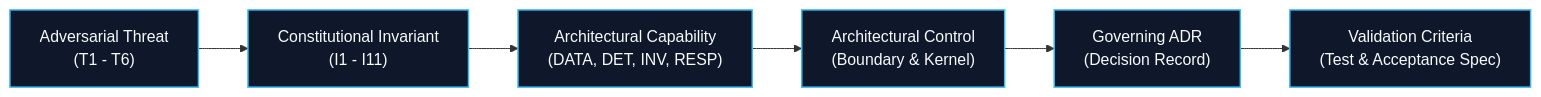
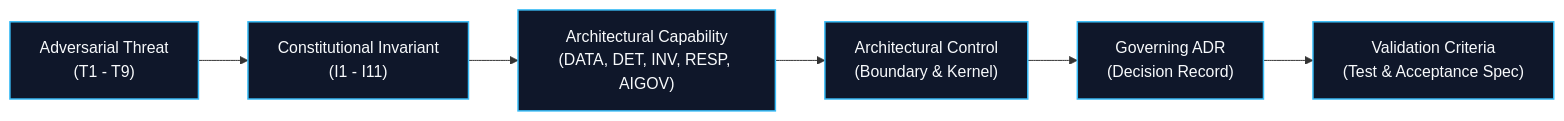
Before and after one commit to Haribu/TIDIR: the diagram in docs/architecture/assurance-map.md, drawn with Mermaid. The commit also changed other lines of this file and 6 other files, not shown here.

````diff
--- a/docs/architecture/assurance-map.md
+++ b/docs/architecture/assurance-map.md
@@ -14,11 +14,11 @@
 ```mermaid
 flowchart LR
-    T["Adversarial Threat\n(T1 - T6)"] --> I["Constitutional Invariant\n(I1 - I11)"]
-    I --> C["Architectural Capability\n(DATA, DET, INV, RESP)"]
+    T["Adversarial Threat\n(T1 - T9)"] --> I["Constitutional Invariant\n(I1 - I11)"]
+    I --> C["Architectural Capability\n(DATA, DET, INV, RESP, AIGOV)"]
     C --> CTRL["Architectural Control\n(Boundary & Kernel)"]
     CTRL --> ADR["Governing ADR\n(Decision Record)"]
     ADR --> V["Validation Criteria\n(Test & Acceptance Spec)"]
 
     classDef nodeStyle fill:#0f172a,stroke:#38bdf8,stroke-width:1.5px,color:#f8fafc;
     class T,I,C,CTRL,ADR,V nodeStyle;
 ```
````
